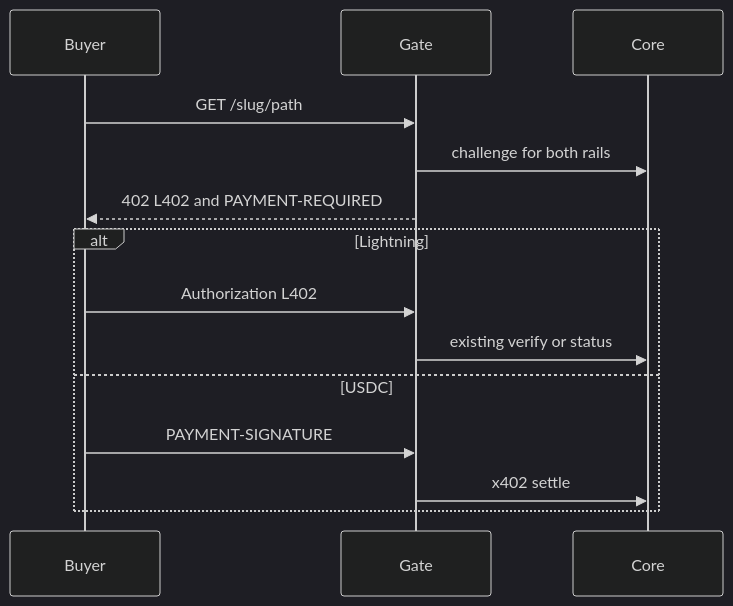
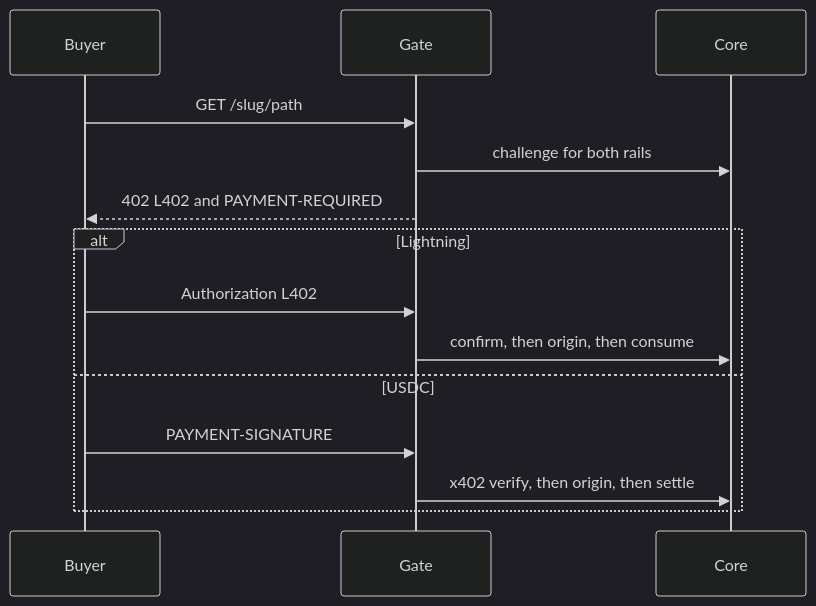
The third of 4 diagrams in docs/x402-design.md (Mike-io-hash/satsgate), drawn with Mermaid (dark theme) before and after one commit. The commit also changed other lines of this file, not shown here.

First line of the commit message:
Record the x402 flow and credit-timing decisions.

````diff
--- a/docs/x402-design.md
+++ b/docs/x402-design.md
@@ -104,16 +134,16 @@
 ```mermaid
 sequenceDiagram
   participant Buyer
   participant Gate
   participant Core
   Buyer->>Gate: GET /slug/path
   Gate->>Core: challenge for both rails
   Gate-->>Buyer: 402 L402 and PAYMENT-REQUIRED
   alt Lightning
     Buyer->>Gate: Authorization L402
-    Gate->>Core: existing verify or status
+    Gate->>Core: confirm, then origin, then consume
   else USDC
     Buyer->>Gate: PAYMENT-SIGNATURE
-    Gate->>Core: x402 settle
+    Gate->>Core: x402 verify, then origin, then settle
   end
 ```
````
